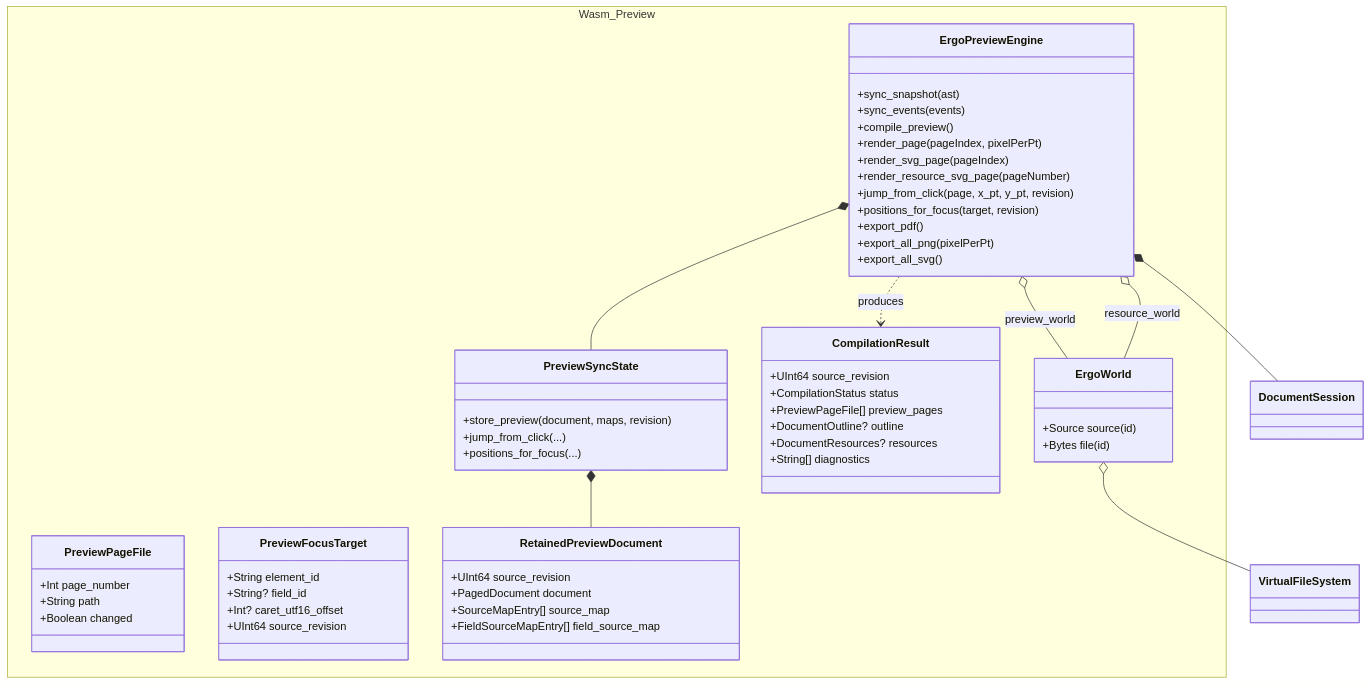
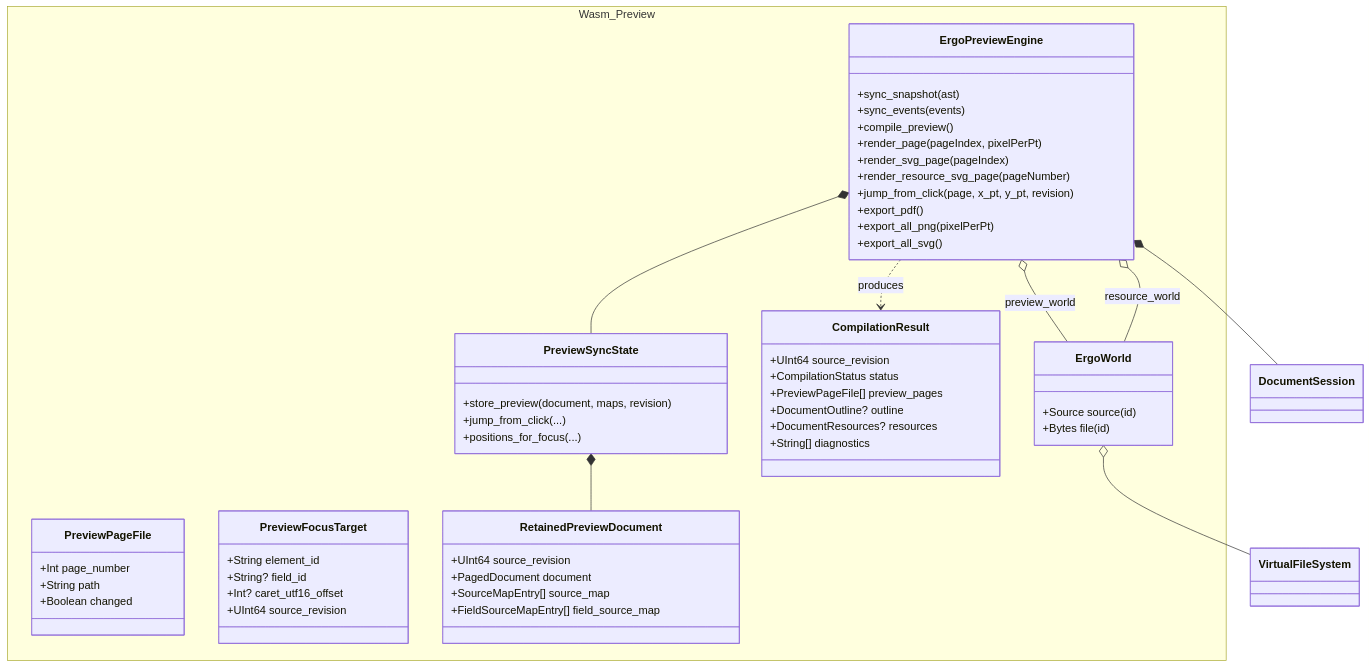
One commit to andmoreduro/ergo changed the fifth of 5 diagrams in context/class-diagrams.md. Above: the diagram before and after it, drawn with Mermaid. The commit also changed 27 other files, not shown here.

````diff
--- a/context/class-diagrams.md
+++ b/context/class-diagrams.md
@@ -314,66 +314,65 @@
 ```mermaid
 classDiagram
     namespace Wasm_Preview {
         class ErgoPreviewEngine {
             +sync_snapshot(ast)
             +sync_events(events)
             +compile_preview()
             +render_page(pageIndex, pixelPerPt)
             +render_svg_page(pageIndex)
             +render_resource_svg_page(pageNumber)
             +jump_from_click(page, x_pt, y_pt, revision)
-            +positions_for_focus(target, revision)
             +export_pdf()
             +export_all_png(pixelPerPt)
             +export_all_svg()
         }
 
         class PreviewSyncState {
             +store_preview(document, maps, revision)
             +jump_from_click(...)
             +positions_for_focus(...)
         }
 
         class CompilationResult {
             +UInt64 source_revision
             +CompilationStatus status
             +PreviewPageFile[] preview_pages
             +DocumentOutline? outline
             +DocumentResources? resources
             +String[] diagnostics
         }
 
         class PreviewPageFile {
             +Int page_number
             +String path
             +Boolean changed
         }
 
         class ErgoWorld {
             +Source source(id)
             +Bytes file(id)
         }
 
         class PreviewFocusTarget {
             +String element_id
             +String? field_id
             +Int? caret_utf16_offset
             +UInt64 source_revision
         }
 
         class RetainedPreviewDocument {
             +UInt64 source_revision
             +PagedDocument document
             +SourceMapEntry[] source_map
             +FieldSourceMapEntry[] field_source_map
         }
     }
 
     ErgoPreviewEngine *-- DocumentSession
     ErgoPreviewEngine *-- PreviewSyncState
     ErgoPreviewEngine o-- ErgoWorld : preview_world
     ErgoPreviewEngine o-- ErgoWorld : resource_world
     ErgoPreviewEngine ..> CompilationResult : produces
     PreviewSyncState *-- RetainedPreviewDocument
     ErgoWorld o-- VirtualFileSystem
 ```
````
